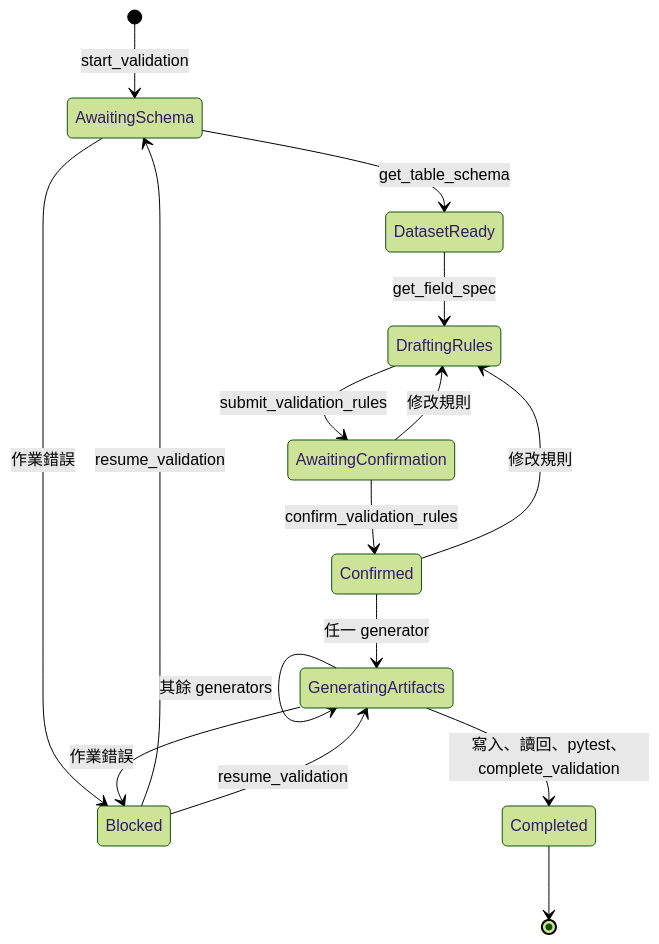
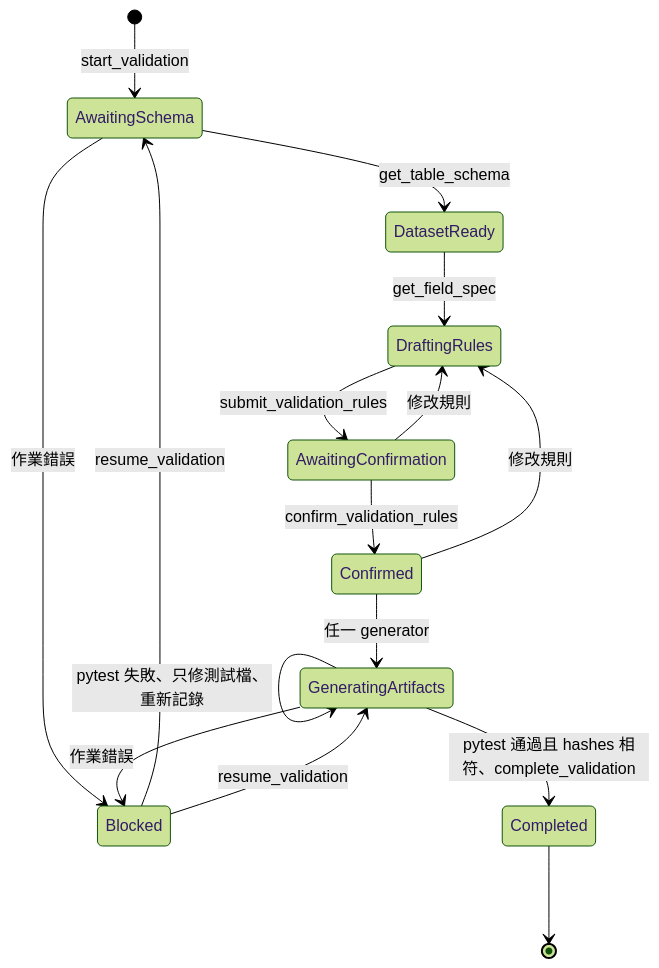
The diagram in agent/README.md (David-Jiang/DataValidationAgent), drawn with Mermaid (forest theme) before and after one commit. The commit also changed other lines of this file and 8 other files, not shown here.

````diff
--- a/agent/README.md
+++ b/agent/README.md
@@ -9,18 +9,19 @@
 ```mermaid
 stateDiagram-v2
     [*] --> AwaitingSchema: start_validation
     AwaitingSchema --> DatasetReady: get_table_schema
     DatasetReady --> DraftingRules: get_field_spec
     DraftingRules --> AwaitingConfirmation: submit_validation_rules
     AwaitingConfirmation --> Confirmed: confirm_validation_rules
     AwaitingConfirmation --> DraftingRules: 修改規則
     Confirmed --> DraftingRules: 修改規則
     Confirmed --> GeneratingArtifacts: 任一 generator
     GeneratingArtifacts --> GeneratingArtifacts: 其餘 generators
-    GeneratingArtifacts --> Completed: 寫入、讀回、pytest、complete_validation
+    GeneratingArtifacts --> GeneratingArtifacts: pytest 失敗、只修測試檔、重新記錄
+    GeneratingArtifacts --> Completed: pytest 通過且 hashes 相符、complete_validation
     AwaitingSchema --> Blocked: 作業錯誤
     GeneratingArtifacts --> Blocked: 作業錯誤
     Blocked --> AwaitingSchema: resume_validation
     Blocked --> GeneratingArtifacts: resume_validation
     Completed --> [*]
 ```
````
